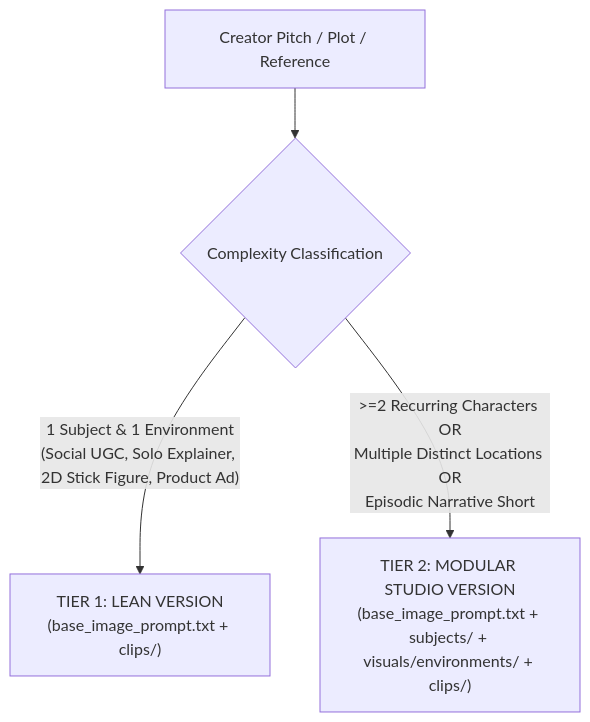
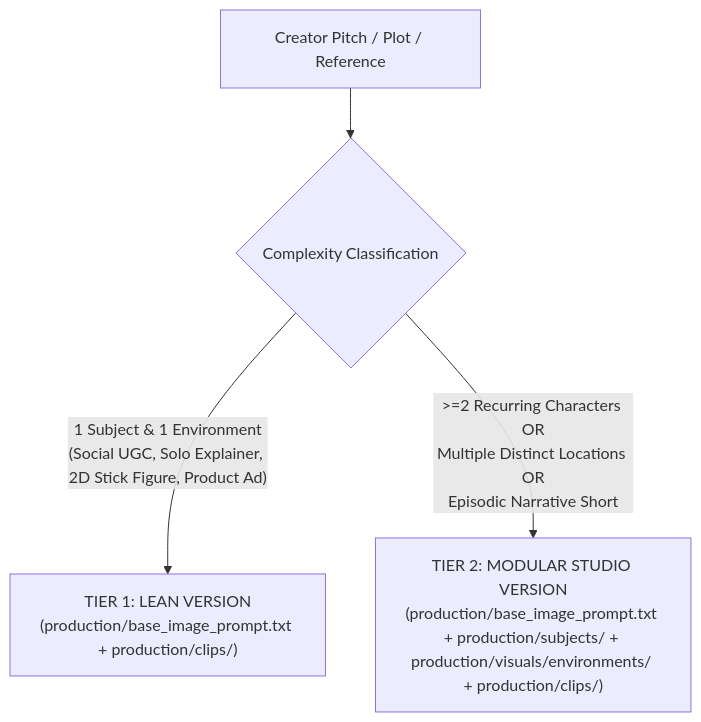
Before and after one commit to TheProjectsX/openproducer: the diagram in agents/skills/openproducer-core/specs/07_scaffolding_and_workspace_spec.md, drawn with Mermaid. The commit also changed other lines of this file and 103 other files, not shown here.

````diff
--- a/agents/skills/openproducer-core/specs/07_scaffolding_and_workspace_spec.md
+++ b/agents/skills/openproducer-core/specs/07_scaffolding_and_workspace_spec.md
@@ -17,8 +17,8 @@
 ```mermaid
 graph TD
     A["Creator Pitch / Plot / Reference"] --> B{"Complexity Classification"}
     
-    B -->|"1 Subject & 1 Environment<br/>(Social UGC, Solo Explainer, 2D Stick Figure, Product Ad)"| C["TIER 1: LEAN VERSION<br/>(base_image_prompt.txt + clips/)"]
+    B -->|"1 Subject & 1 Environment<br/>(Social UGC, Solo Explainer, 2D Stick Figure, Product Ad)"| C["TIER 1: LEAN VERSION<br/>(production/base_image_prompt.txt + production/clips/)"]
     
-    B -->|">=2 Recurring Characters OR<br/>Multiple Distinct Locations OR<br/>Episodic Narrative Short"| D["TIER 2: MODULAR STUDIO VERSION<br/>(base_image_prompt.txt + subjects/ + visuals/environments/ + clips/)"]
+    B -->|">=2 Recurring Characters OR<br/>Multiple Distinct Locations OR<br/>Episodic Narrative Short"| D["TIER 2: MODULAR STUDIO VERSION<br/>(production/base_image_prompt.txt + production/subjects/ + production/visuals/environments/ + production/clips/)"]
 ```
````
